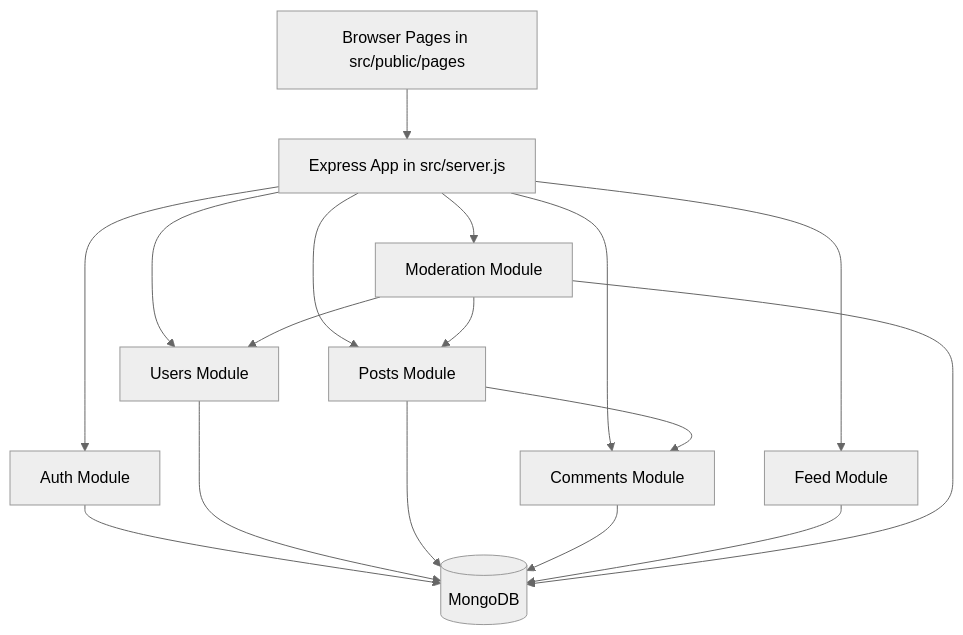
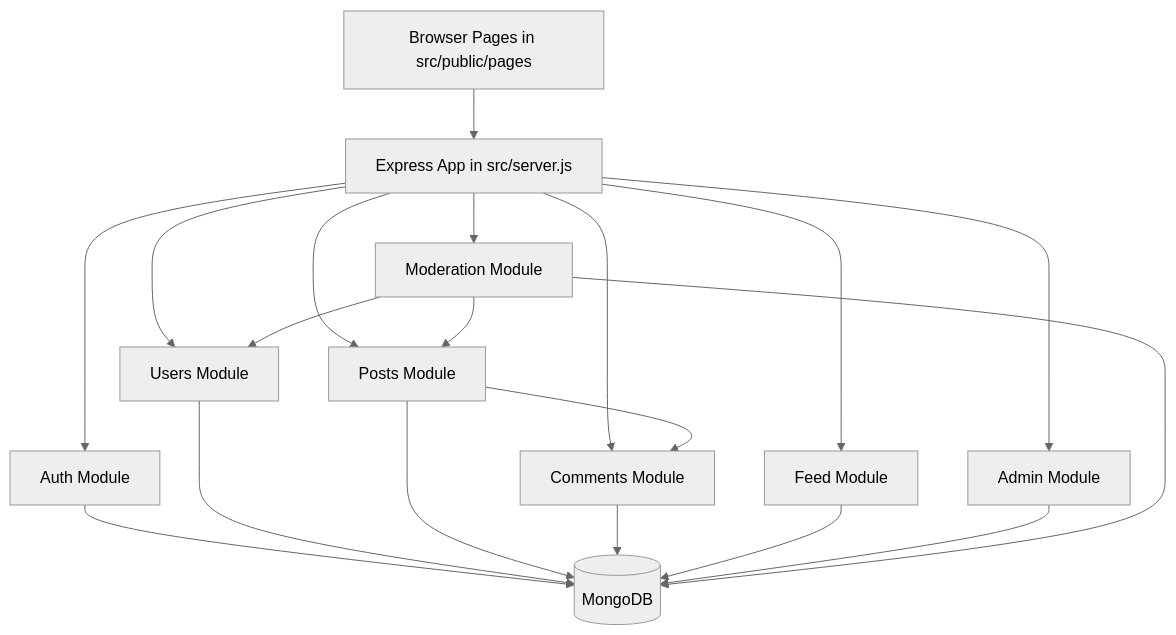
Before and after one commit to dedeusgui/ProjetoRedeSocial: the first of 5 diagrams in docs/architecture/diagrams.md, drawn with Mermaid (neutral theme). The commit also changed other lines of this file and 26 other files, not shown here.

````diff
--- a/docs/architecture/diagrams.md
+++ b/docs/architecture/diagrams.md
@@ -5,19 +5,21 @@
 ```mermaid
 flowchart TD
   Client[Browser Pages in src/public/pages] --> API[Express App in src/server.js]
   API --> Auth[Auth Module]
   API --> Users[Users Module]
   API --> Posts[Posts Module]
   API --> Comments[Comments Module]
   API --> Feed[Feed Module]
+  API --> Admin[Admin Module]
   API --> Moderation[Moderation Module]
   Auth --> Mongo[(MongoDB)]
   Users --> Mongo
   Posts --> Mongo
   Comments --> Mongo
   Feed --> Mongo
+  Admin --> Mongo
   Moderation --> Mongo
   Moderation --> Posts
   Moderation --> Users
   Posts --> Comments
 ```
````
